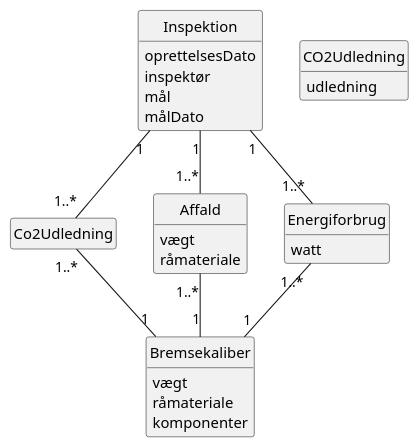
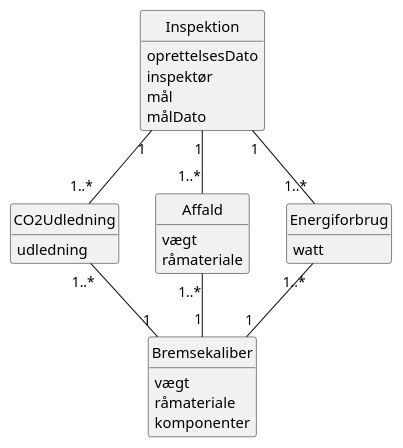
One commit to FilipMeldal/Team1A changed the diagram in Budweg/Artefacts/BudwegDomainModel.plantuml. Above: the diagram before and after it, drawn with PlantUML.

Commit message:
Fejl rettelser domain model budweg

```diff
--- a/Budweg/Artefacts/BudwegDomainModel.plantuml
+++ b/Budweg/Artefacts/BudwegDomainModel.plantuml
@@ -1,46 +1,46 @@
 @startuml
 hide circle
 hide empty members
 
 
 
-Co2Udledning "1..*" -- "1" Bremsekaliber
+CO2Udledning "1..*" -- "1" Bremsekaliber
 Affald "1..*" -- "1" Bremsekaliber
 Energiforbrug "1..*" -- "1" Bremsekaliber
-Inspektion "1" -- "1..*" Co2Udledning
+Inspektion "1" -- "1..*" CO2Udledning
 Inspektion "1" -- "1..*" Affald
 Inspektion "1" -- "1..*" Energiforbrug
 
 
 Class Bremsekaliber
 {
     vægt
     råmateriale
     komponenter
 }
 
 Class CO2Udledning 
 {
     udledning
 }
 
 Class Affald
 {
     vægt
     råmateriale
 }
 
 Class Energiforbrug
 {
     watt
 }
 
 Class Inspektion
 {
     oprettelsesDato
     inspektør
     mål
     målDato
 }
 
 @enduml
```
